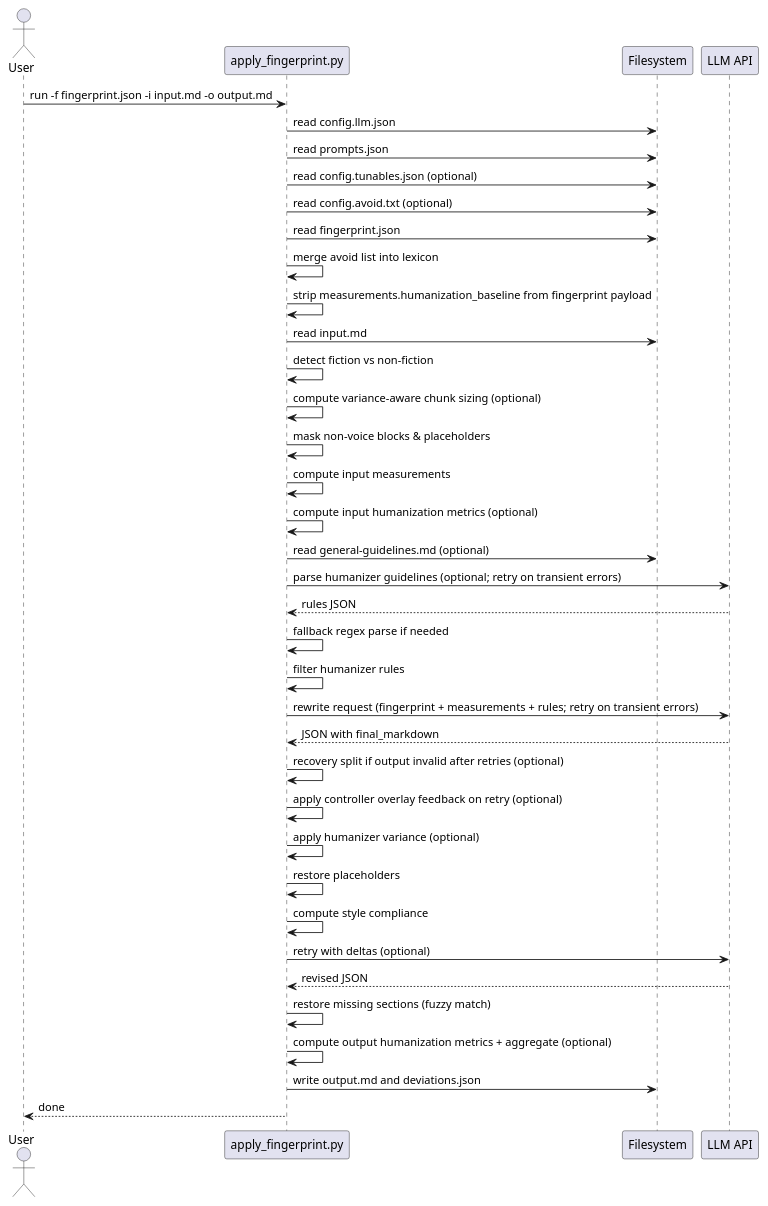
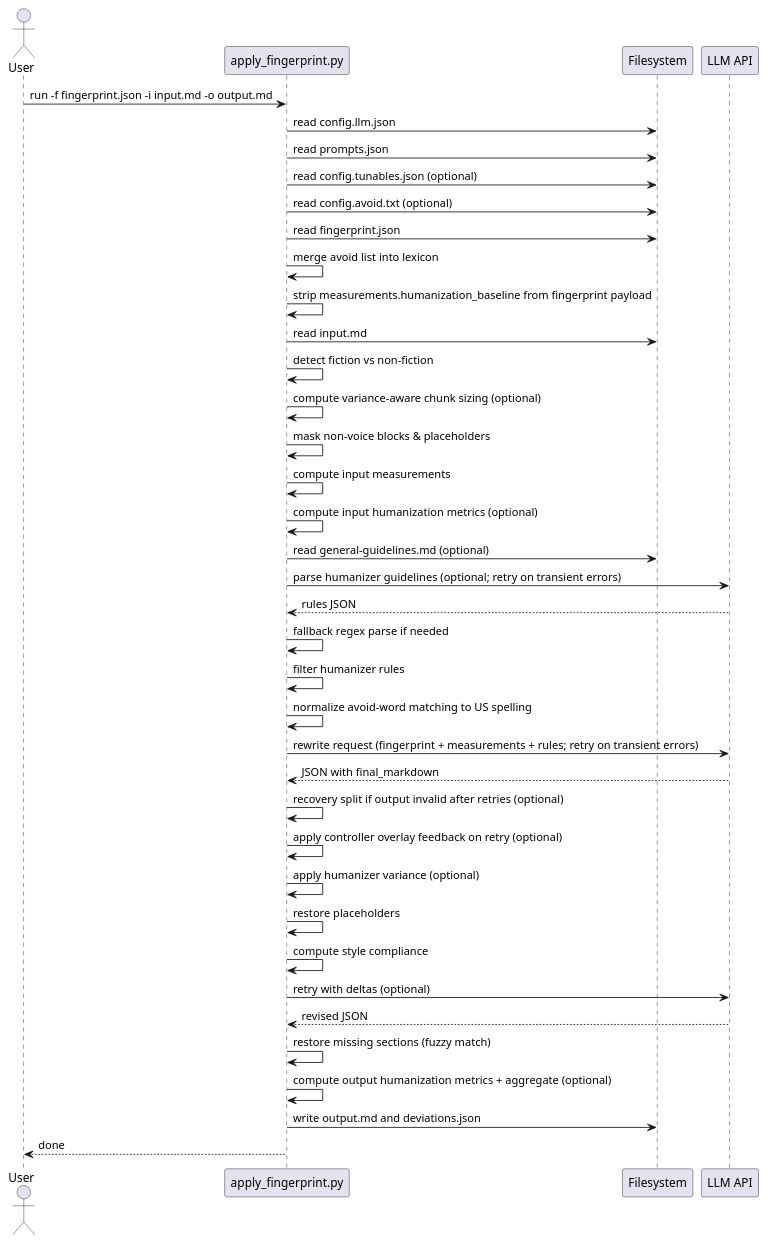
One commit to ngpepin/stylometric-transfer changed the third of 3 diagrams in UML-Apply.md. Above: the diagram before and after it, drawn with PlantUML. The commit also changed other lines of this file and 11 other files, not shown here.

````diff
--- a/UML-Apply.md
+++ b/UML-Apply.md
@@ -164,41 +165,42 @@
 ```plantuml
 @startuml
 actor User
 participant "apply_fingerprint.py" as AF
 participant "Filesystem" as FS
 participant "LLM API" as LLM
 
 User -> AF : run -f fingerprint.json -i input.md -o output.md
 AF -> FS : read config.llm.json
 AF -> FS : read prompts.json
 AF -> FS : read config.tunables.json (optional)
 AF -> FS : read config.avoid.txt (optional)
 AF -> FS : read fingerprint.json
 AF -> AF : merge avoid list into lexicon
 AF -> AF : strip measurements.humanization_baseline from fingerprint payload
 AF -> FS : read input.md
 AF -> AF : detect fiction vs non-fiction
 AF -> AF : compute variance-aware chunk sizing (optional)
 AF -> AF : mask non-voice blocks & placeholders
 AF -> AF : compute input measurements
 AF -> AF : compute input humanization metrics (optional)
 AF -> FS : read general-guidelines.md (optional)
 AF -> LLM : parse humanizer guidelines (optional; retry on transient errors)
 LLM --> AF : rules JSON
 AF -> AF : fallback regex parse if needed
 AF -> AF : filter humanizer rules
+AF -> AF : normalize avoid-word matching to US spelling
 AF -> LLM : rewrite request (fingerprint + measurements + rules; retry on transient errors)
 LLM --> AF : JSON with final_markdown
 AF -> AF : recovery split if output invalid after retries (optional)
 AF -> AF : apply controller overlay feedback on retry (optional)
 AF -> AF : apply humanizer variance (optional)
 AF -> AF : restore placeholders
 AF -> AF : compute style compliance
 AF -> LLM : retry with deltas (optional)
 LLM --> AF : revised JSON
 AF -> AF : restore missing sections (fuzzy match)
 AF -> AF : compute output humanization metrics + aggregate (optional)
 AF -> FS : write output.md and deviations.json
 AF --> User : done
 @enduml
 ```
````
